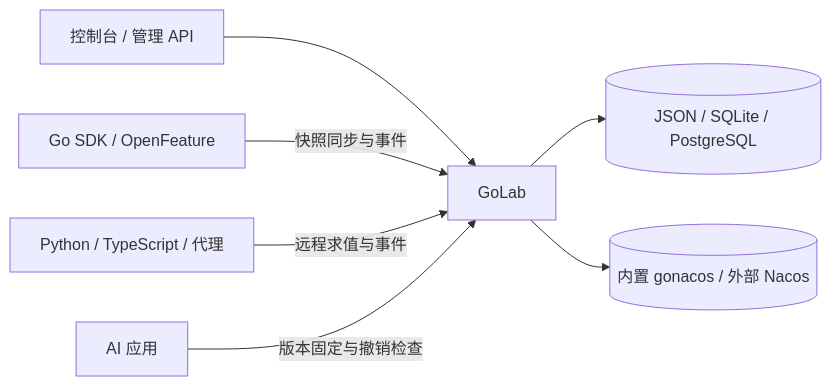
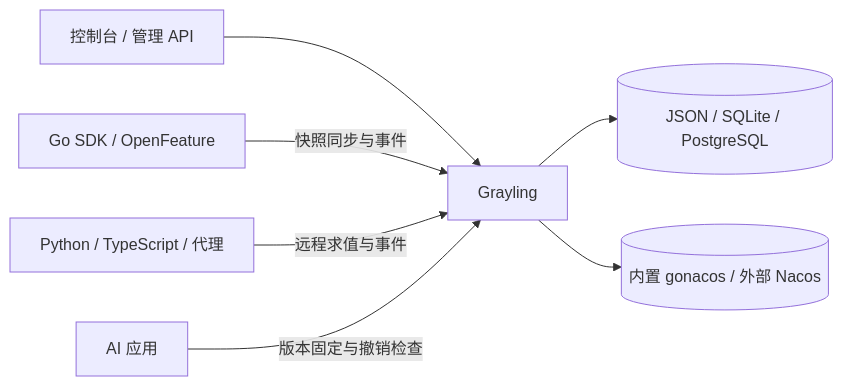
One commit to saker-ai/grayling changed the diagram in README.zh-CN.md. Above: the diagram before and after it, drawn with Mermaid. The commit also changed other lines of this file and 188 other files, not shown here.

````diff
--- a/README.zh-CN.md
+++ b/README.zh-CN.md
@@ -58,9 +58,9 @@
 ```mermaid
 flowchart LR
-    Admin[控制台 / 管理 API] --> Core[GoLab]
+    Admin[控制台 / 管理 API] --> Core[Grayling]
     Core --> DB[(JSON / SQLite / PostgreSQL)]
     Core --> Nacos[(内置 gonacos / 外部 Nacos)]
     GoSDK[Go SDK / OpenFeature] -->|快照同步与事件| Core
     Remote[Python / TypeScript / 代理] -->|远程求值与事件| Core
     AI[AI 应用] -->|版本固定与撤销检查| Core
 ```
````
